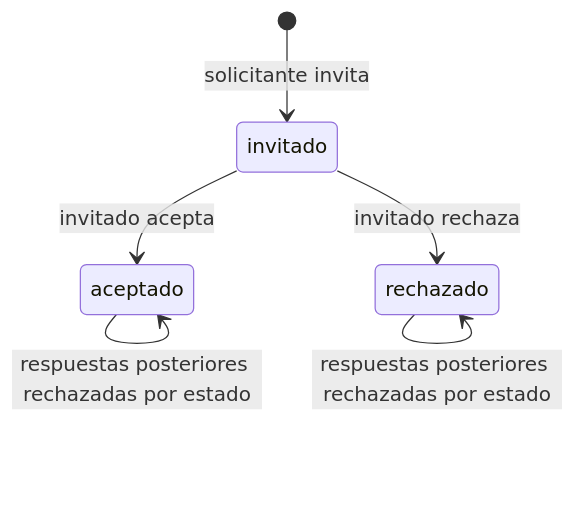
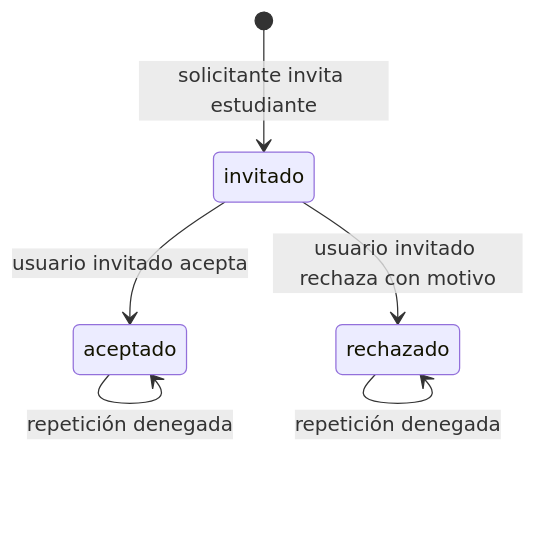
One commit to Thepropollo/back-movilidad-laravel changed the third of 7 diagrams in AUDITORIA/maquina-de-estados.md. Above: the diagram before and after it, drawn with Mermaid. The commit also changed other lines of this file and 7 other files, not shown here.

````diff
--- a/AUDITORIA/maquina-de-estados.md
+++ b/AUDITORIA/maquina-de-estados.md
@@ -44,8 +52,8 @@
 ```mermaid
 stateDiagram-v2
-  [*] --> invitado: solicitante invita
-  invitado --> aceptado: invitado acepta
-  invitado --> rechazado: invitado rechaza
-  aceptado --> aceptado: respuestas posteriores rechazadas por estado
-  rechazado --> rechazado: respuestas posteriores rechazadas por estado
+  [*] --> invitado: solicitante invita estudiante
+  invitado --> aceptado: usuario invitado acepta
+  invitado --> rechazado: usuario invitado rechaza con motivo
+  aceptado --> aceptado: repetición denegada
+  rechazado --> rechazado: repetición denegada
 ```
````
